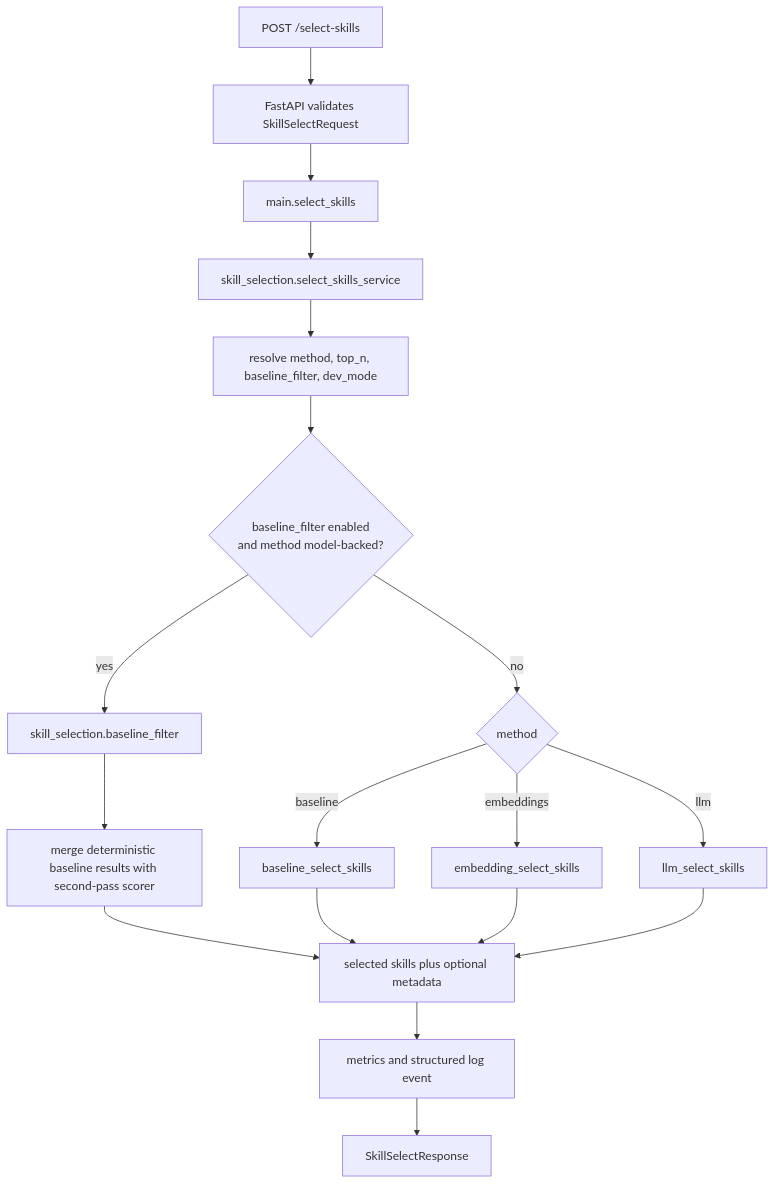
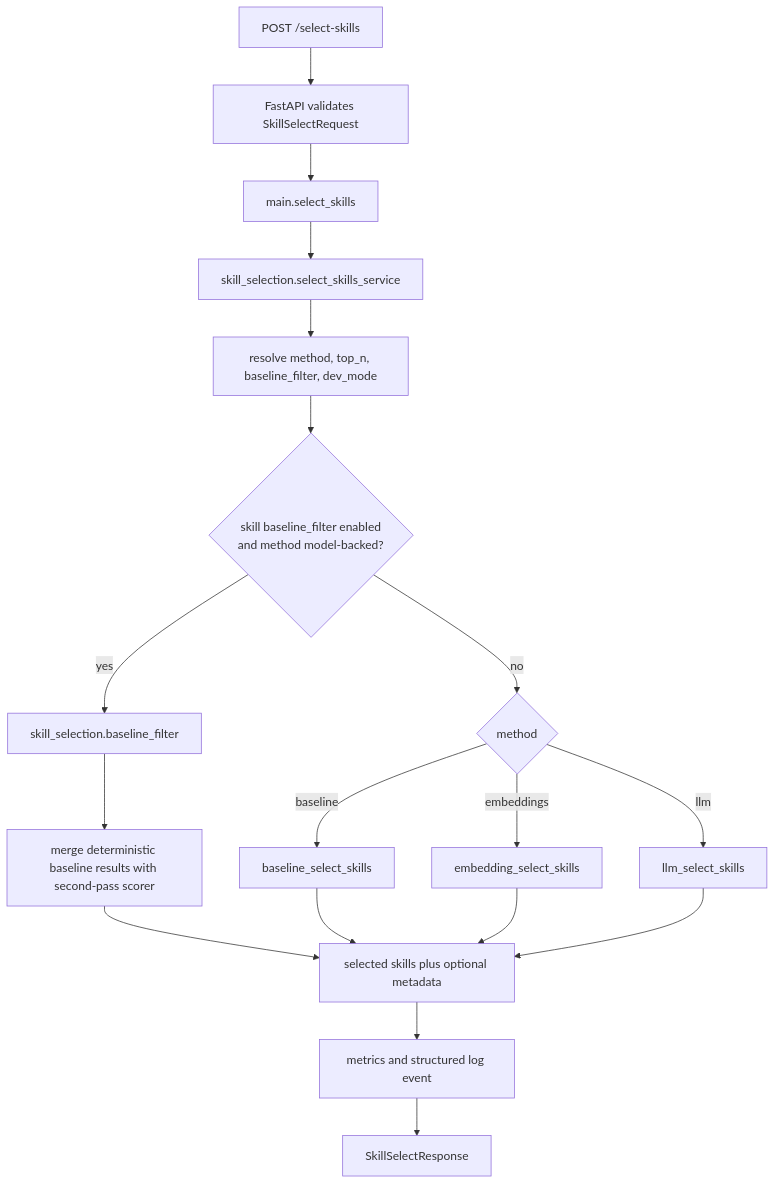
The second of 3 diagrams in docs/architecture-overview.md (namerror/JobForge), drawn with Mermaid before and after one commit. The commit also changed other lines of this file and 24 other files, not shown here.

Commit message:
Update  runtime config - the legacy runtime config for method and top_n are now separate for skill selection and project selection - LLM defaults now split among different subsystems (skill and project)

````diff
--- a/docs/architecture-overview.md
+++ b/docs/architecture-overview.md
@@ -104,20 +104,20 @@
 ```mermaid
 flowchart TD
     A[POST /select-skills] --> B[FastAPI validates SkillSelectRequest]
     B --> C[main.select_skills]
     C --> D[skill_selection.select_skills_service]
     D --> E[resolve method, top_n, baseline_filter, dev_mode]
-    E --> F{baseline_filter enabled<br>and method model-backed?}
+    E --> F{skill baseline_filter enabled<br>and method model-backed?}
     F -- yes --> G[skill_selection.baseline_filter]
     F -- no --> H{method}
     G --> I[merge deterministic baseline results with second-pass scorer]
     H -- baseline --> J[baseline_select_skills]
     H -- embeddings --> K[embedding_select_skills]
     H -- llm --> L[llm_select_skills]
     I --> M[selected skills plus optional metadata]
     J --> M
     K --> M
     L --> M
     M --> N[metrics and structured log event]
     N --> O[SkillSelectResponse]
 ```
````
